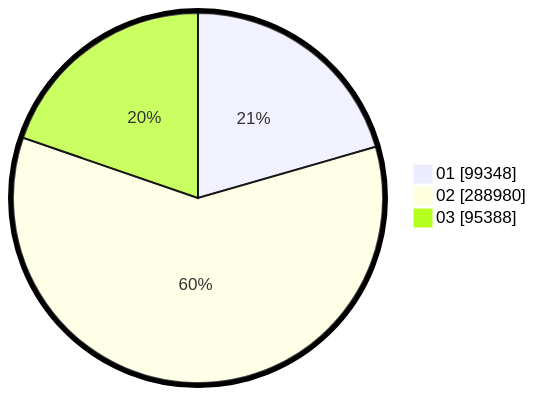
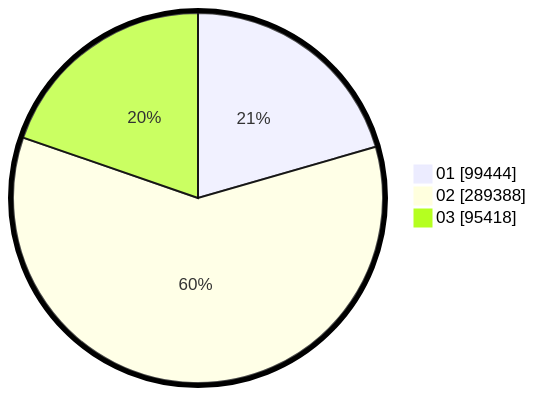
One commit to gigit-pemilu/pemilu-2024 changed the second of 2 diagrams in pilpres/hitung-suara/sub/table-wilayah-99.md. Above: the diagram before and after it, drawn with Mermaid. The commit also changed other lines of this file and 7 other files, not shown here.

````diff
--- a/pilpres/hitung-suara/sub/table-wilayah-99.md
+++ b/pilpres/hitung-suara/sub/table-wilayah-99.md
@@ -15,7 +15,7 @@
 ```mermaid
 %%{init: {"pie": {"textPosition": 0.5}, "themeVariables": {"pieOuterStrokeWidth": "5px"}} }%%
 pie showData
-    "01" : 99348
-    "02" : 288980
-    "03" : 95388
+    "01" : 99444
+    "02" : 289388
+    "03" : 95418
 ```
````
